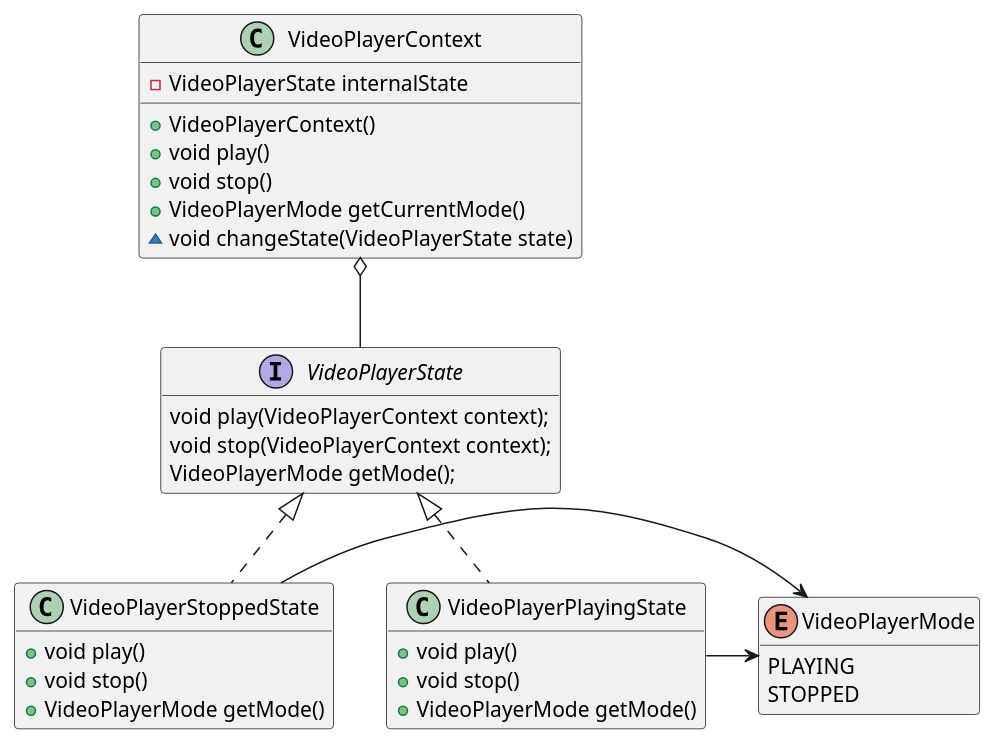
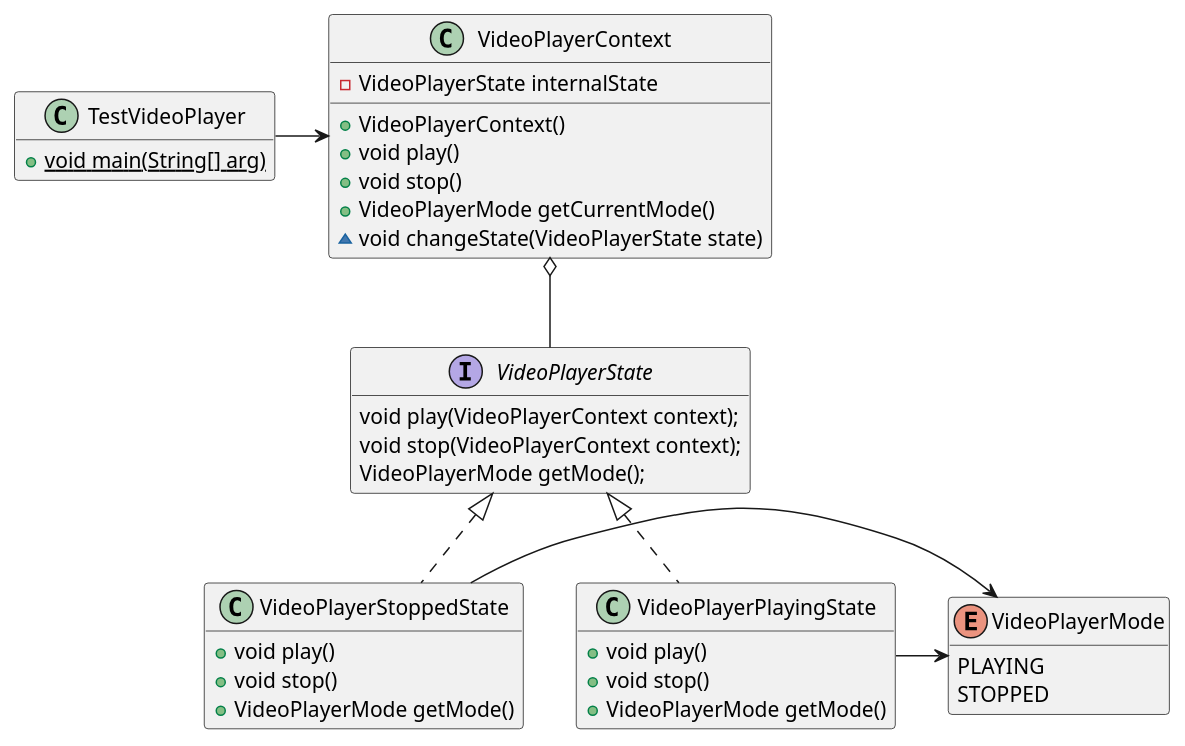
One commit to BeqaKhaburdzania/FreeUni-SDP-2013-Lab-UML changed the diagram in State/src/main/java/stateClassDiagram.puml. Above: the diagram before and after it, drawn with PlantUML. The commit also changed 1 other file, not shown here.

Commit message:
#20 updated diagrams

```diff
--- a/State/src/main/java/stateClassDiagram.puml
+++ b/State/src/main/java/stateClassDiagram.puml
@@ -1,55 +1,60 @@
 @startuml
 
+class TestVideoPlayer {
+	+{static}void main(String[] arg)
+}
+hide TestVideoPlayer fields 
 
+TestVideoPlayer->VideoPlayerContext
  VideoPlayerContext o-- VideoPlayerState
  
  VideoPlayerState <|.. VideoPlayerPlayingState
  VideoPlayerState <|.. VideoPlayerStoppedState
  
  VideoPlayerStoppedState-> VideoPlayerMode
  VideoPlayerPlayingState-> VideoPlayerMode
   
 class VideoPlayerContext {
  - VideoPlayerState internalState
  + VideoPlayerContext()
  + void play()
  + void stop()
  + VideoPlayerMode getCurrentMode()
  ~ void changeState(VideoPlayerState state)
  
 }
 
 
 
 
 
 interface  VideoPlayerState {
 	void play(VideoPlayerContext context);
 	void stop(VideoPlayerContext context);
 	VideoPlayerMode getMode();
 }
 hide VideoPlayerState fields 
 
 enum VideoPlayerMode {
 	PLAYING
 	STOPPED
 }
 hide VideoPlayerMode methods
 
 Class VideoPlayerPlayingState {
  + void play()
  + void stop()
  + VideoPlayerMode getMode()
  
 }
 hide VideoPlayerPlayingState fields
 
 Class VideoPlayerStoppedState {
  + void play()
  + void stop()
  + VideoPlayerMode getMode()
  
 }
 hide VideoPlayerStoppedState fields
 
 @enduml
```
